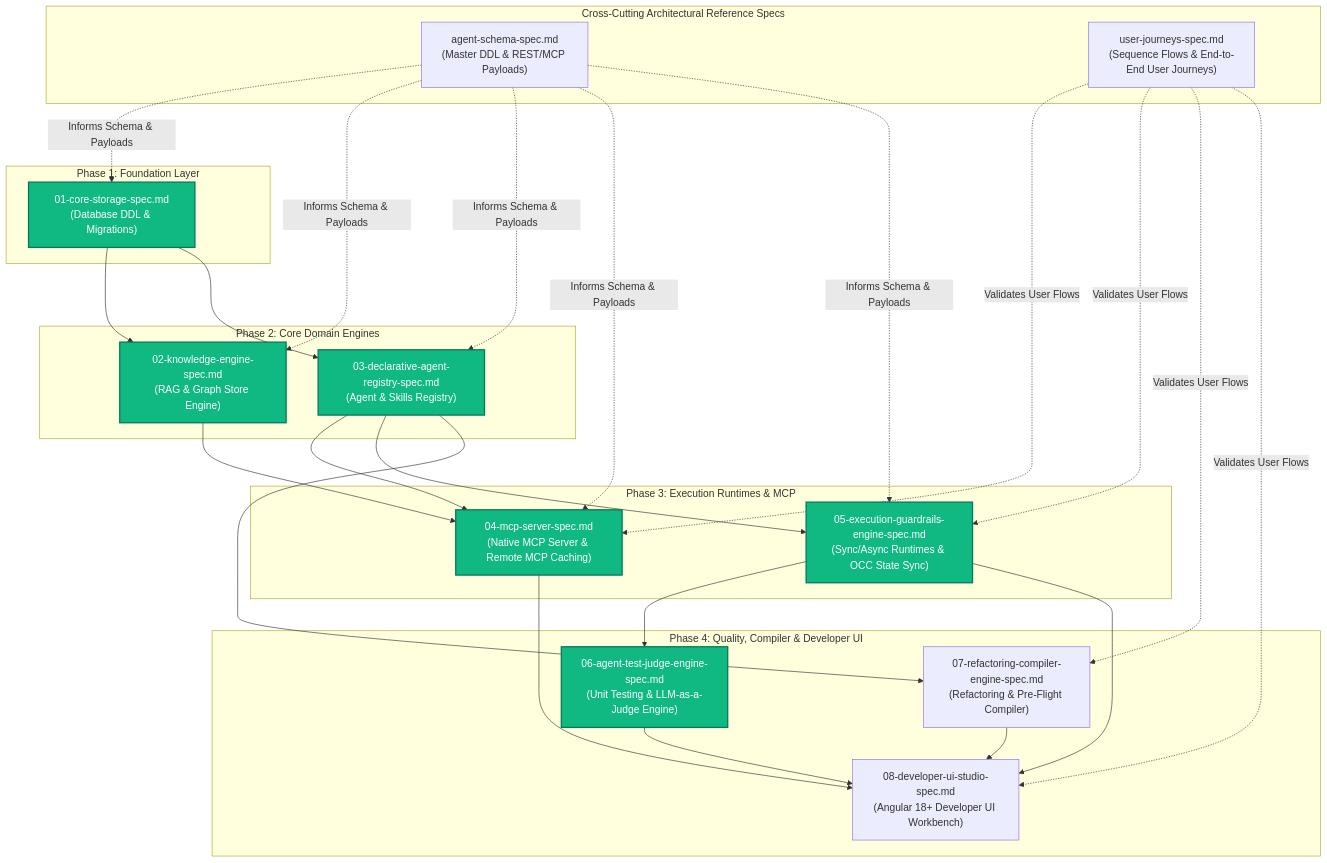
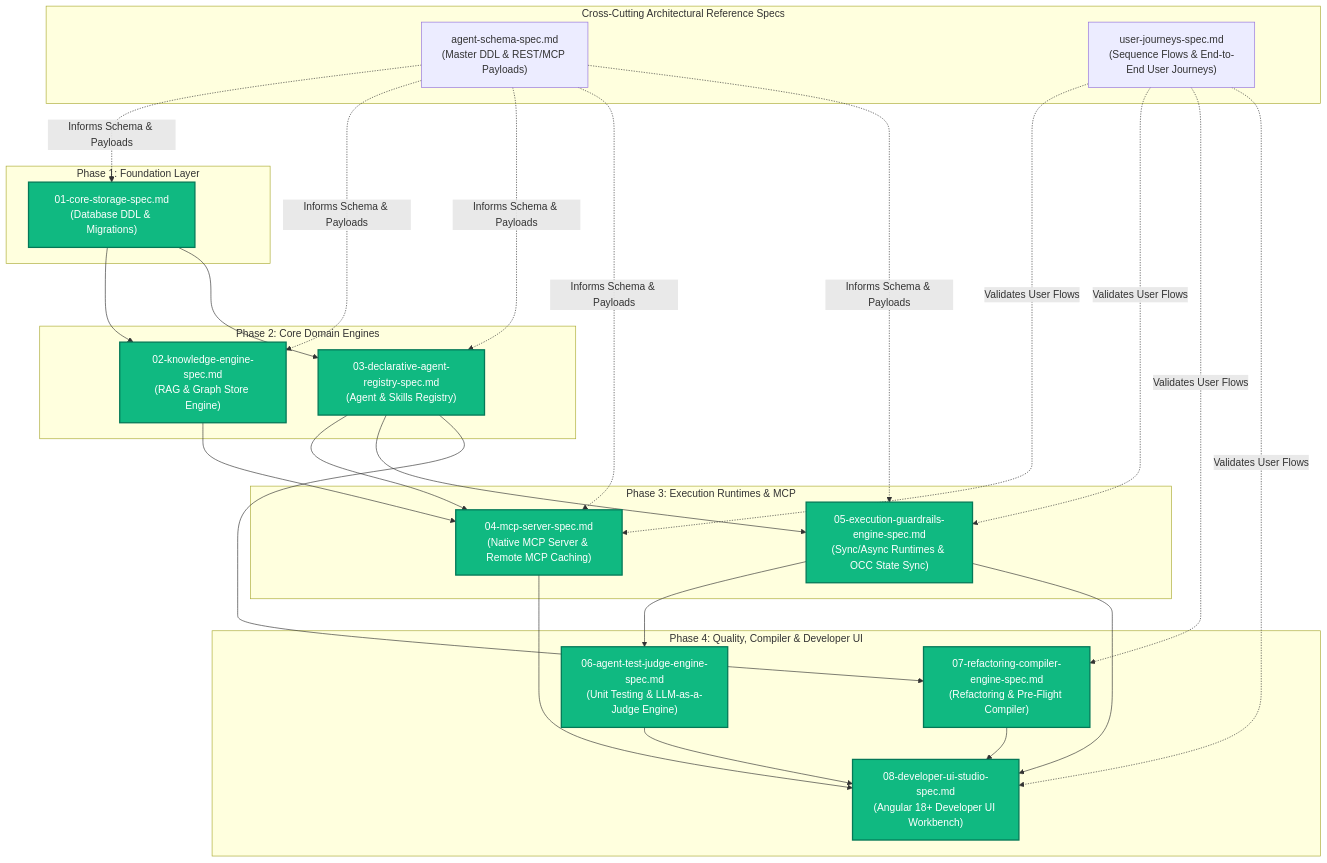
One commit to PolecatWorks/agent-as-data changed the diagram in spec/specs/README.md. Above: the diagram before and after it, drawn with Mermaid. The commit also changed other lines of this file and 1 other file, not shown here.

Commit message:
docs(specs): update spec/specs/README.md marking Spec 07 and Spec 08 complete

````diff
--- a/spec/specs/README.md
+++ b/spec/specs/README.md
@@ -17,55 +17,55 @@
 ```mermaid
 flowchart TD
     subgraph CrossCuttingSpecs ["Cross-Cutting Architectural Reference Specs"]
         SchemaSpec["agent-schema-spec.md<br/>(Master DDL & REST/MCP Payloads)"]
         JourneysSpec["user-journeys-spec.md<br/>(Sequence Flows & End-to-End User Journeys)"]
     end
 
     subgraph Phase1 ["Phase 1: Foundation Layer"]
         Spec01["01-core-storage-spec.md<br/>(Database DDL & Migrations)"]:::complete
     end
 
     subgraph Phase2 ["Phase 2: Core Domain Engines"]
         Spec02["02-knowledge-engine-spec.md<br/>(RAG & Graph Store Engine)"]:::complete
         Spec03["03-declarative-agent-registry-spec.md<br/>(Agent & Skills Registry)"]:::complete
     end
 
     subgraph Phase3 ["Phase 3: Execution Runtimes & MCP"]
         Spec04["04-mcp-server-spec.md<br/>(Native MCP Server & Remote MCP Caching)"]:::complete
         Spec05["05-execution-guardrails-engine-spec.md<br/>(Sync/Async Runtimes & OCC State Sync)"]:::complete
     end
 
     subgraph Phase4 ["Phase 4: Quality, Compiler & Developer UI"]
         Spec06["06-agent-test-judge-engine-spec.md<br/>(Unit Testing & LLM-as-a-Judge Engine)"]:::complete
-        Spec07["07-refactoring-compiler-engine-spec.md<br/>(Refactoring & Pre-Flight Compiler)"]
-        Spec08["08-developer-ui-studio-spec.md<br/>(Angular 18+ Developer UI Workbench)"]
+        Spec07["07-refactoring-compiler-engine-spec.md<br/>(Refactoring & Pre-Flight Compiler)"]:::complete
+        Spec08["08-developer-ui-studio-spec.md<br/>(Angular 18+ Developer UI Workbench)"]:::complete
     end
 
     classDef complete fill:#10B981,stroke:#047857,stroke-width:2px,color:#ffffff;
 
     SchemaSpec -.->|Informs Schema & Payloads| Spec01
     SchemaSpec -.->|Informs Schema & Payloads| Spec02
     SchemaSpec -.->|Informs Schema & Payloads| Spec03
     SchemaSpec -.->|Informs Schema & Payloads| Spec04
     SchemaSpec -.->|Informs Schema & Payloads| Spec05
 
     JourneysSpec -.->|Validates User Flows| Spec04
     JourneysSpec -.->|Validates User Flows| Spec05
     JourneysSpec -.->|Validates User Flows| Spec07
     JourneysSpec -.->|Validates User Flows| Spec08
 
     Spec01 --> Spec02
     Spec01 --> Spec03
 
     Spec02 --> Spec04
     Spec03 --> Spec04
     Spec03 --> Spec05
 
     Spec05 --> Spec06
     Spec03 --> Spec07
     
     Spec04 --> Spec08
     Spec05 --> Spec08
     Spec06 --> Spec08
     Spec07 --> Spec08
 ```
````
